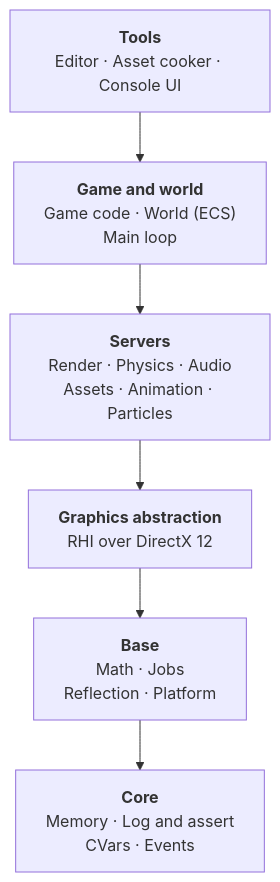
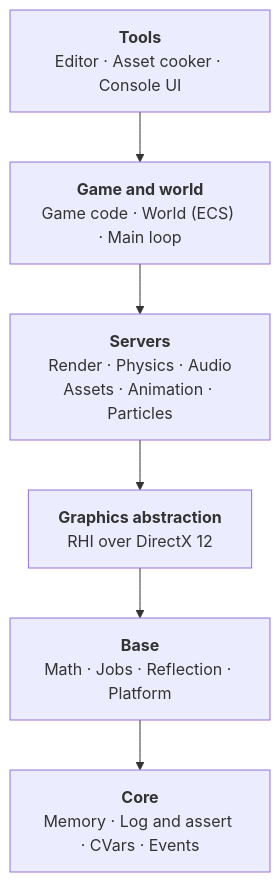
The diagram in README.md (diogopcv/AuroraEngine), drawn with Mermaid before and after one commit. The commit also changed other lines of this file and 19 other files, not shown here.

````diff
--- a/README.md
+++ b/README.md
@@ -220,10 +56,10 @@
 ```mermaid
 flowchart TB
     tools["<b>Tools</b><br/>Editor · Asset cooker · Console UI"]
-    game["<b>Game and world</b><br/>Game code · World (ECS)<br/>Main loop"]
+    game["<b>Game and world</b><br/>Game code · World (ECS) · Main loop"]
     servers["<b>Servers</b><br/>Render · Physics · Audio<br/>Assets · Animation · Particles"]
     gfx["<b>Graphics abstraction</b><br/>RHI over DirectX 12"]
-    base["<b>Base</b><br/>Math · Jobs<br/>Reflection · Platform"]
-    core["<b>Core</b><br/>Memory · Log and assert<br/>CVars · Events"]
+    base["<b>Base</b><br/>Math · Jobs · Reflection · Platform"]
+    core["<b>Core</b><br/>Memory · Log and assert · CVars · Events"]
     tools --> game --> servers --> gfx --> base --> core
 ```
````
